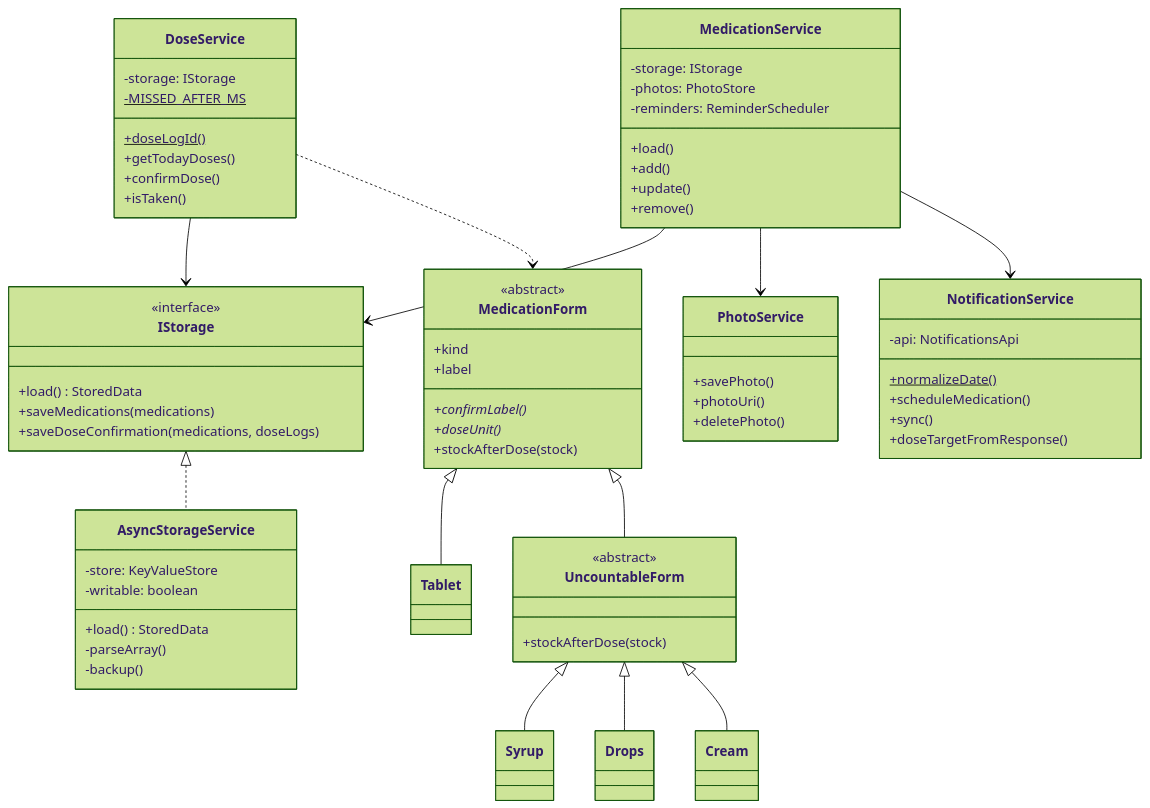
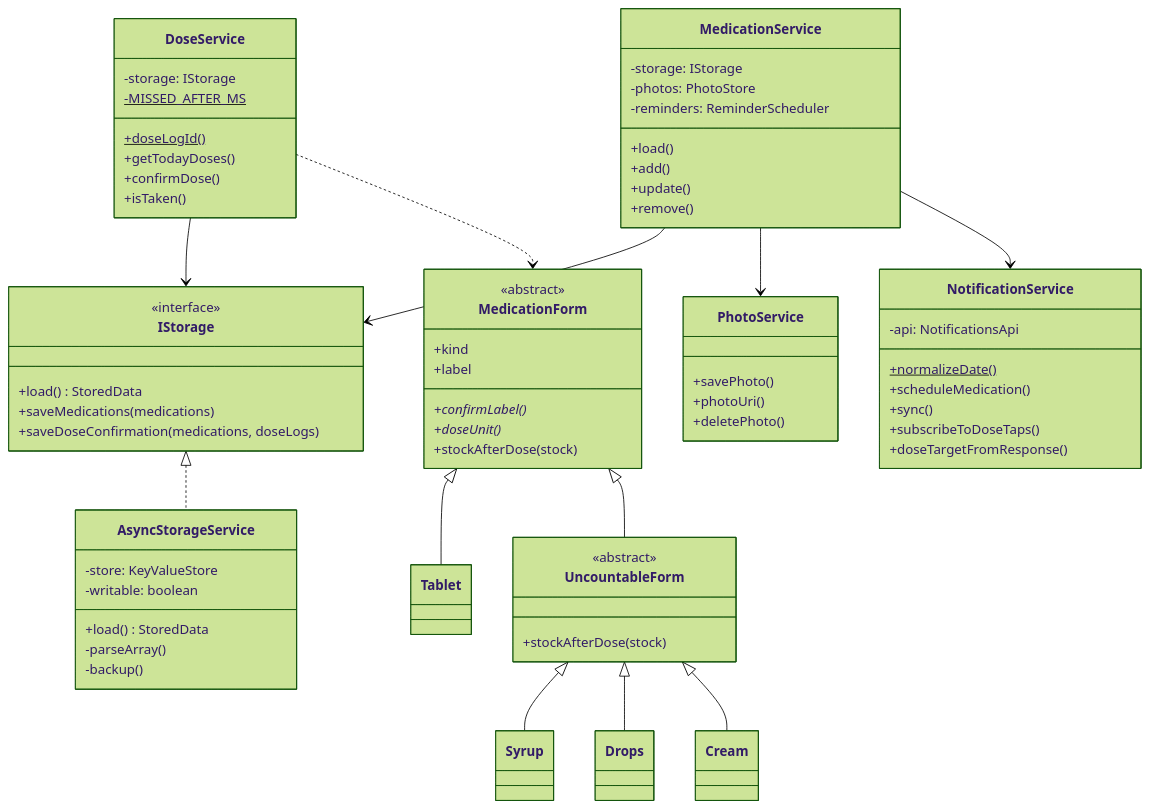
The third of 3 diagrams in docs/moduler-yapi.md (mustafabulut8/ilac-takip), drawn with Mermaid (forest theme) before and after one commit. The commit also changed other lines of this file and 1 other file, not shown here.

````diff
--- a/docs/moduler-yapi.md
+++ b/docs/moduler-yapi.md
@@ -210,68 +223,69 @@
 ```mermaid
 classDiagram
   class IStorage {
     <<interface>>
     +load() StoredData
     +saveMedications(medications)
     +saveDoseConfirmation(medications, doseLogs)
   }
   class AsyncStorageService {
     -store: KeyValueStore
     -writable: boolean
     +load() StoredData
     -parseArray()
     -backup()
   }
   class DoseService {
     -storage: IStorage
     -MISSED_AFTER_MS$
     +doseLogId()$
     +getTodayDoses()
     +confirmDose()
     +isTaken()
   }
   class MedicationService {
     -storage: IStorage
     -photos: PhotoStore
     -reminders: ReminderScheduler
     +load()
     +add()
     +update()
     +remove()
   }
   class NotificationService {
     -api: NotificationsApi
     +normalizeDate()$
     +scheduleMedication()
     +sync()
+    +subscribeToDoseTaps()
     +doseTargetFromResponse()
   }
   class PhotoService {
     +savePhoto()
     +photoUri()
     +deletePhoto()
   }
   class MedicationForm {
     <<abstract>>
     +kind
     +label
     +confirmLabel()*
     +doseUnit()*
     +stockAfterDose(stock)
   }
   class UncountableForm {
     <<abstract>>
     +stockAfterDose(stock)
   }
   IStorage <|.. AsyncStorageService
   DoseService --> IStorage
   MedicationService --> IStorage
   MedicationService --> PhotoService
   MedicationService --> NotificationService
   DoseService ..> MedicationForm
   MedicationForm <|-- Tablet
   MedicationForm <|-- UncountableForm
   UncountableForm <|-- Syrup
   UncountableForm <|-- Drops
   UncountableForm <|-- Cream
 ```
````
